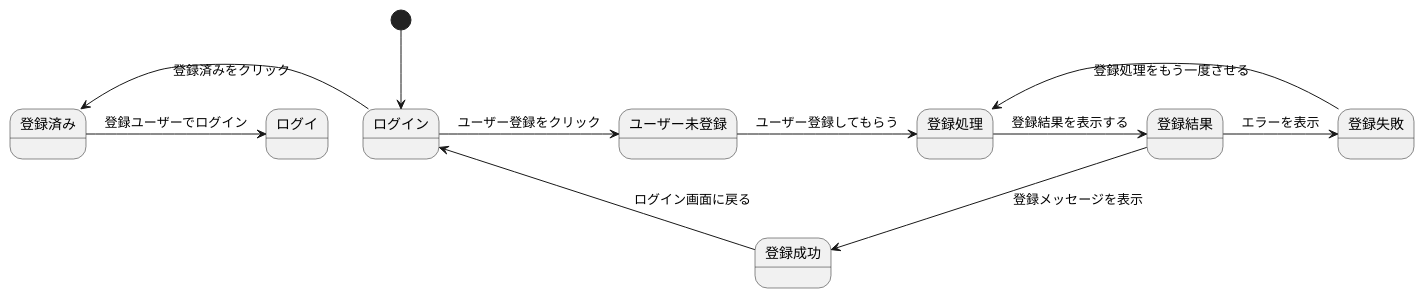
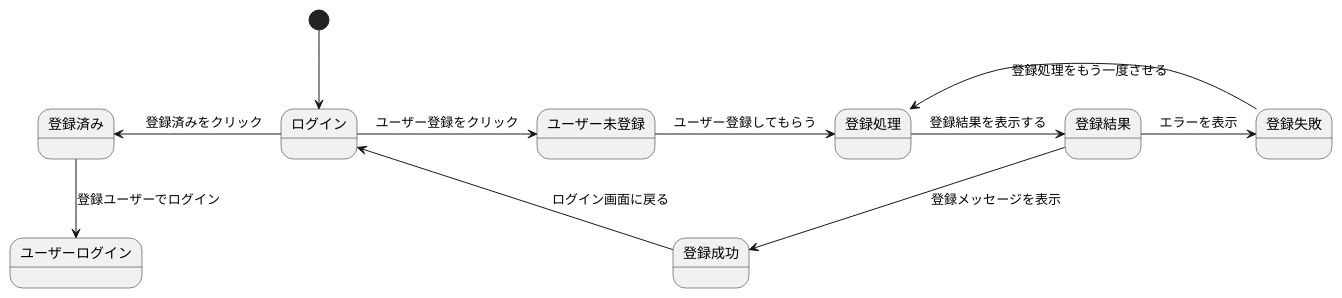
The diagram in b.md (Aso2001196/2021sys-design), drawn with PlantUML before and after one commit.

````diff
--- a/b.md
+++ b/b.md
@@ -1,14 +1,14 @@
 ```uml
 @startuml
 [*]-->ログイン
 ログイン-> ユーザー未登録 : ユーザー登録をクリック
 ログイン-left-> 登録済み :　登録済みをクリック
-登録済み-> ログイ : 登録ユーザーでログイン
+登録済み-down-> ユーザーログイン : 登録ユーザーでログイン
 ユーザー未登録-> 登録処理 : ユーザー登録してもらう
 登録処理-> 登録結果 : 登録結果を表示する
 登録結果-down-> 登録成功 : 登録メッセージを表示 
 登録結果-> 登録失敗 : エラーを表示
 登録成功-> ログイン :　ログイン画面に戻る
 登録失敗-> 登録処理 :　登録処理をもう一度させる
 @enduml
 ```
````
